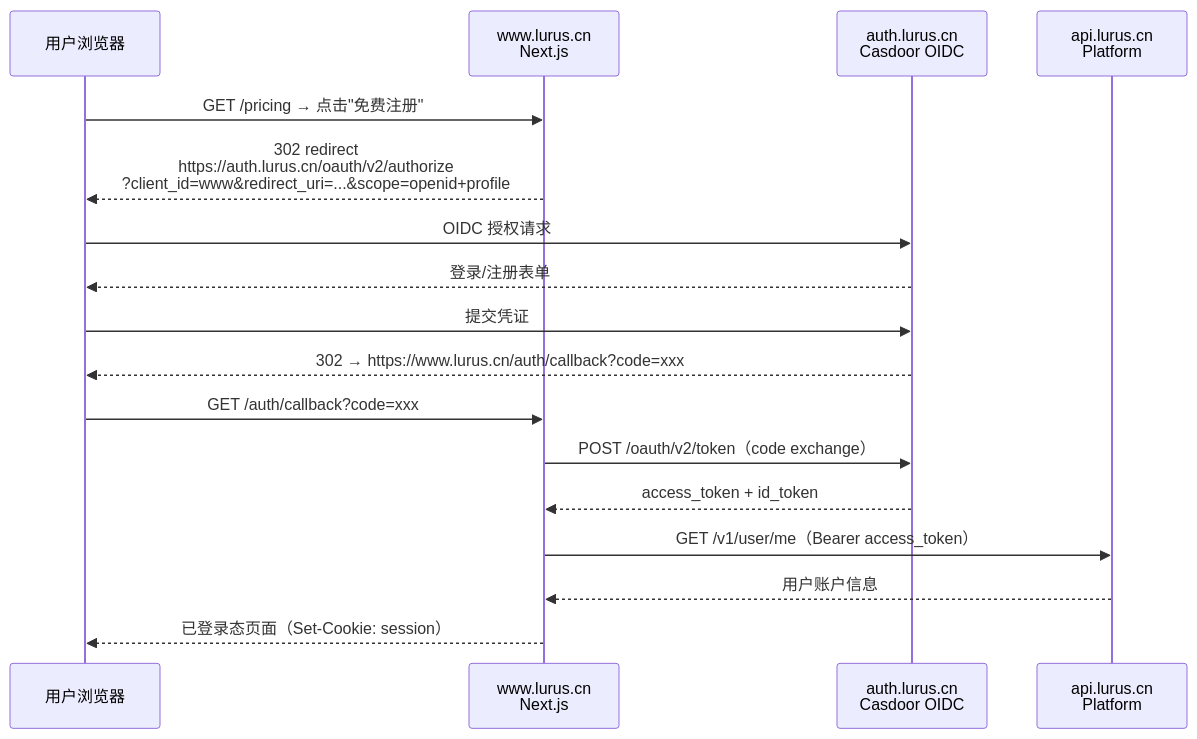
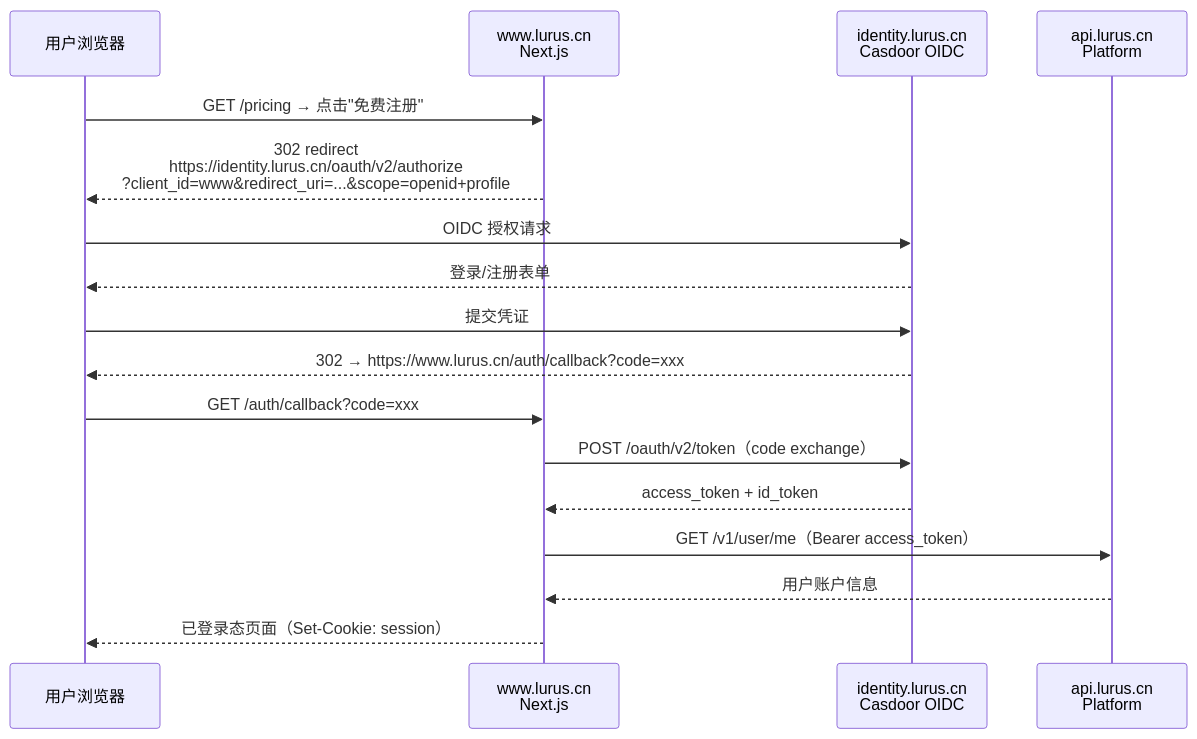
One commit to hanmahong5-arch/lurus-docs changed the seventh of 8 diagrams in internal/products/web.md. Above: the diagram before and after it, drawn with Mermaid. The commit also changed other lines of this file and 76 other files, not shown here.

````diff
--- a/internal/products/web.md
+++ b/internal/products/web.md
@@ -626,20 +626,20 @@
 ```mermaid
 sequenceDiagram
     participant U as 用户浏览器
     participant WWW as www.lurus.cn<br/>Next.js
-    participant AUTH as auth.lurus.cn<br/>Casdoor OIDC
+    participant AUTH as identity.lurus.cn<br/>Casdoor OIDC
     participant PLAT as api.lurus.cn<br/>Platform
 
     U->>WWW: GET /pricing → 点击"免费注册"
-    WWW-->>U: 302 redirect<br/>https://auth.lurus.cn/oauth/v2/authorize<br/>?client_id=www&redirect_uri=...&scope=openid+profile
+    WWW-->>U: 302 redirect<br/>https://identity.lurus.cn/oauth/v2/authorize<br/>?client_id=www&redirect_uri=...&scope=openid+profile
     U->>AUTH: OIDC 授权请求
     AUTH-->>U: 登录/注册表单
     U->>AUTH: 提交凭证
     AUTH-->>U: 302 → https://www.lurus.cn/auth/callback?code=xxx
     U->>WWW: GET /auth/callback?code=xxx
     WWW->>AUTH: POST /oauth/v2/token（code exchange）
     AUTH-->>WWW: access_token + id_token
     WWW->>PLAT: GET /v1/user/me（Bearer access_token）
     PLAT-->>WWW: 用户账户信息
     WWW-->>U: 已登录态页面（Set-Cookie: session）
 ```
````
